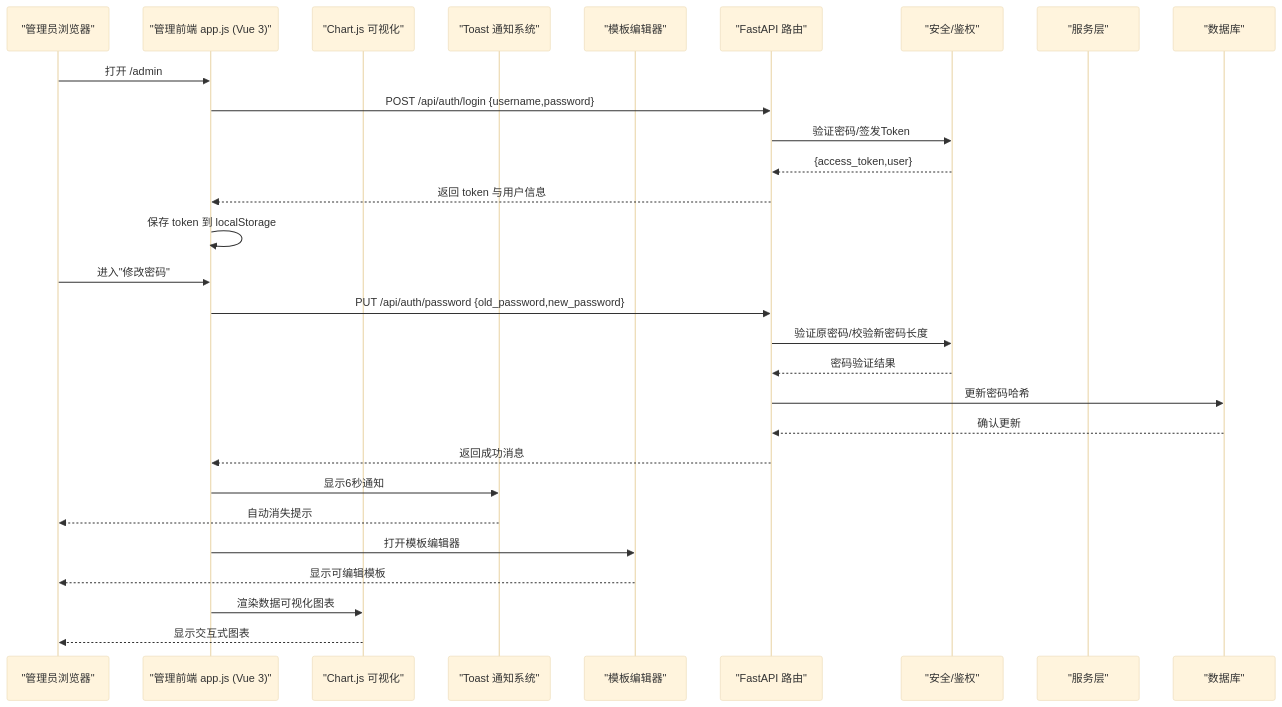
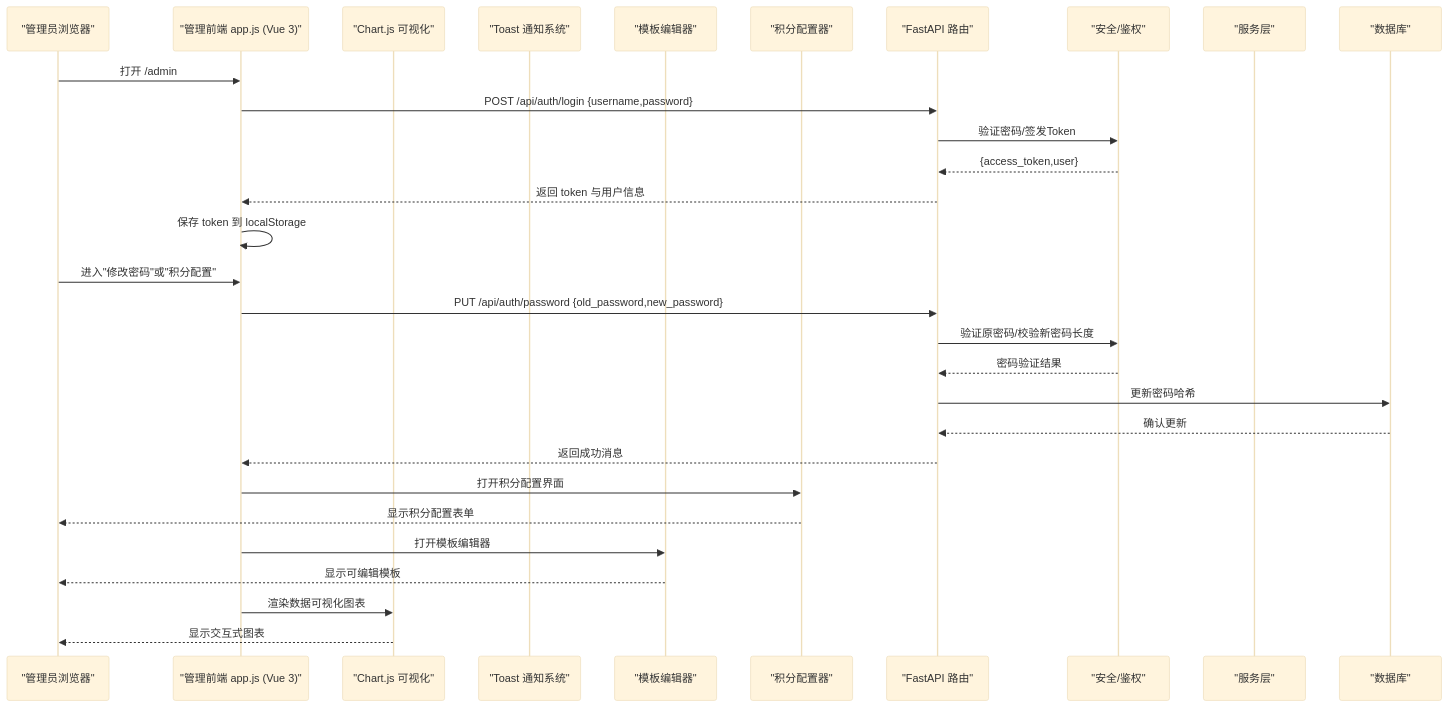
The second of 13 diagrams in .qoder/repowiki/zh/content/暑假作业打卡系统/前端应用设计/管理后台应用.md (onebody/homework), drawn with Mermaid (base theme) before and after one commit. The commit also changed other lines of this file and 16 other files, not shown here.

````diff
--- a/.qoder/repowiki/zh/content/暑假作业打卡系统/前端应用设计/管理后台应用.md
+++ b/.qoder/repowiki/zh/content/暑假作业打卡系统/前端应用设计/管理后台应用.md
@@ -122,31 +122,32 @@
 ```mermaid
 sequenceDiagram
 participant Admin as "管理员浏览器"
 participant FE as "管理前端 app.js (Vue 3)"
 participant Chart as "Chart.js 可视化"
 participant Toast as "Toast 通知系统"
 participant Template as "模板编辑器"
+participant PointsConfig as "积分配置器"
 participant API as "FastAPI 路由"
 participant Auth as "安全/鉴权"
 participant Svc as "服务层"
 participant DB as "数据库"
 Admin->>FE : 打开 /admin
 FE->>API : POST /api/auth/login {username,password}
 API->>Auth : 验证密码/签发Token
 Auth-->>API : {access_token,user}
 API-->>FE : 返回 token 与用户信息
 FE->>FE : 保存 token 到 localStorage
-Admin->>FE : 进入"修改密码"
+Admin->>FE : 进入"修改密码"或"积分配置"
 FE->>API : PUT /api/auth/password {old_password,new_password}
 API->>Auth : 验证原密码/校验新密码长度
 Auth-->>API : 密码验证结果
 API->>DB : 更新密码哈希
 DB-->>API : 确认更新
 API-->>FE : 返回成功消息
-FE->>Toast : 显示6秒通知
-Toast-->>Admin : 自动消失提示
+FE->>PointsConfig : 打开积分配置界面
+PointsConfig-->>Admin : 显示积分配置表单
 FE->>Template : 打开模板编辑器
 Template-->>Admin : 显示可编辑模板
 FE->>Chart : 渲染数据可视化图表
 Chart-->>Admin : 显示交互式图表
 ```
````
